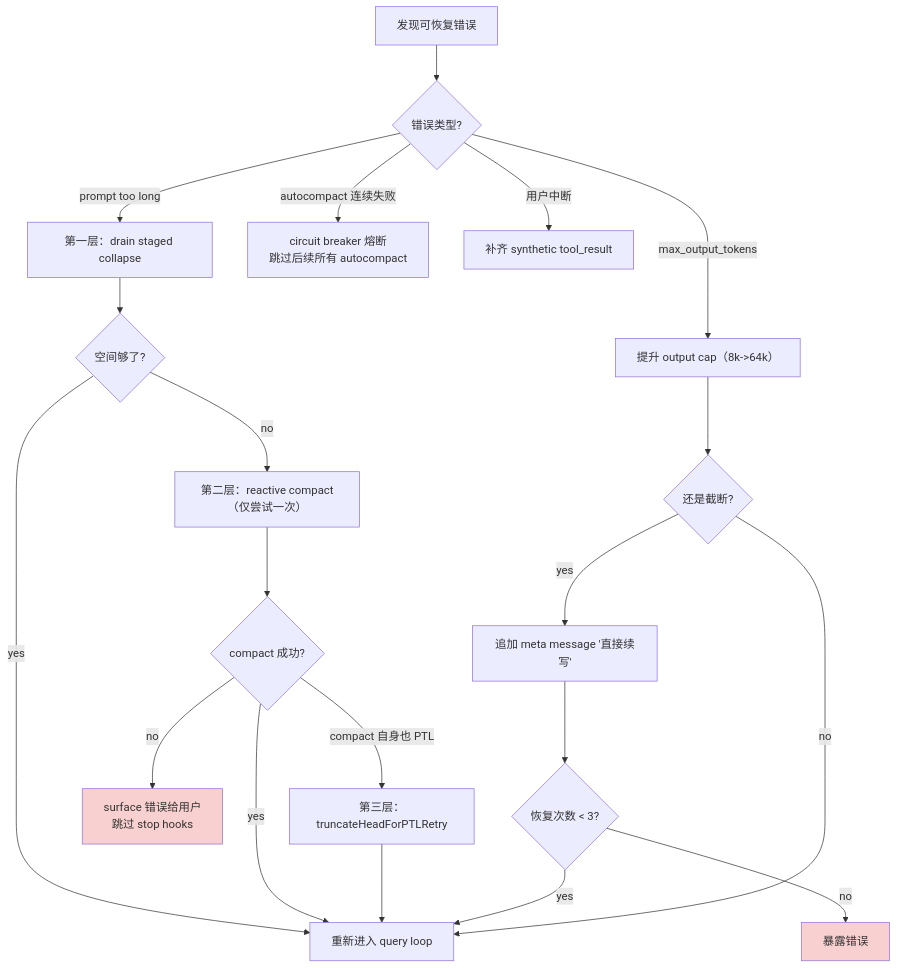
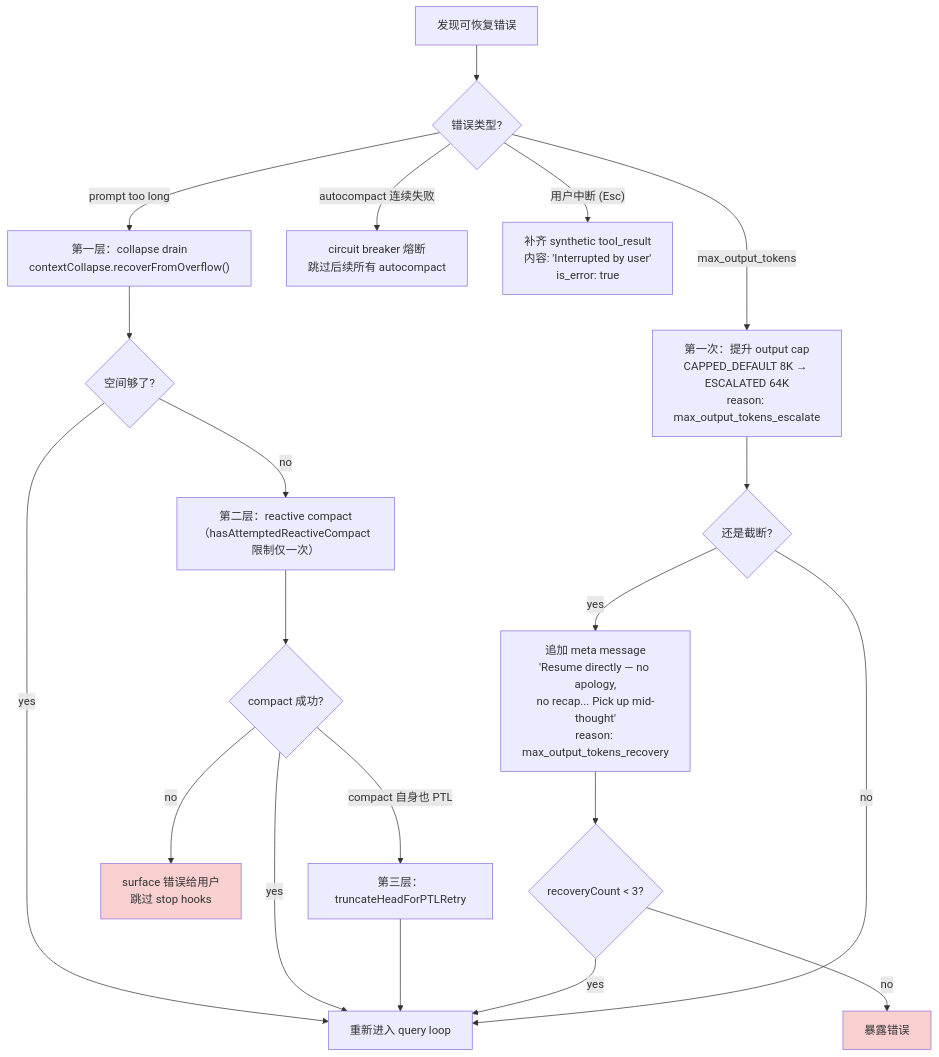
One commit to pillarliang/study-notes changed the ninth of 12 diagrams in AI/harness-engineering/book1-claude-code-学习笔记-final.md. Above: the diagram before and after it, drawn with Mermaid. The commit also changed other lines of this file and 2 other files, not shown here.

First line of the commit message:
Update settings and documentation for improved tool management and user experience

````diff
--- a/AI/harness-engineering/book1-claude-code-学习笔记-final.md
+++ b/AI/harness-engineering/book1-claude-code-学习笔记-final.md
@@ -2021,27 +2461,27 @@
 ```mermaid
 flowchart TD
     A["发现可恢复错误"] --> B{"错误类型?"}
-    B -- "prompt too long" --> C["第一层：drain staged collapse"]
+    B -- "prompt too long" --> C["第一层：collapse drain<br/>contextCollapse.recoverFromOverflow()"]
     C --> D{"空间够了?"}
     D -- yes --> E["重新进入 query loop"]
-    D -- no --> F["第二层：reactive compact（仅尝试一次）"]
+    D -- no --> F["第二层：reactive compact<br/>（hasAttemptedReactiveCompact 限制仅一次）"]
     F --> G{"compact 成功?"}
     G -- yes --> E
     G -- "compact 自身也 PTL" --> G2["第三层：truncateHeadForPTLRetry"]
     G2 --> E
     G -- no --> H["surface 错误给用户<br/>跳过 stop hooks"]
     
-    B -- "max_output_tokens" --> I["提升 output cap（8k->64k）"]
+    B -- "max_output_tokens" --> I["第一次：提升 output cap<br/>CAPPED_DEFAULT 8K → ESCALATED 64K<br/>reason: max_output_tokens_escalate"]
     I --> J{"还是截断?"}
-    J -- yes --> K["追加 meta message '直接续写'"]
-    K --> L{"恢复次数 < 3?"}
+    J -- yes --> K["追加 meta message<br/>'Resume directly — no apology,<br/>no recap... Pick up mid-thought'<br/>reason: max_output_tokens_recovery"]
+    K --> L{"recoveryCount < 3?"}
     L -- yes --> E
     L -- no --> M["暴露错误"]
     J -- no --> E
     
     B -- "autocompact 连续失败" --> N["circuit breaker 熔断<br/>跳过后续所有 autocompact"]
-    B -- "用户中断" --> O["补齐 synthetic tool_result"]
+    B -- "用户中断 (Esc)" --> O["补齐 synthetic tool_result<br/>内容: 'Interrupted by user'<br/>is_error: true"]
     
     style H fill:#f9d0d0
     style M fill:#f9d0d0
 ```
````
